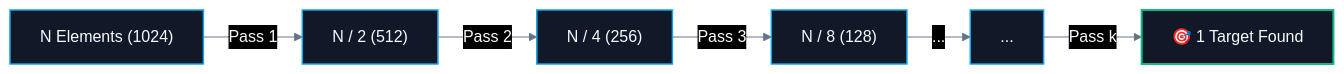
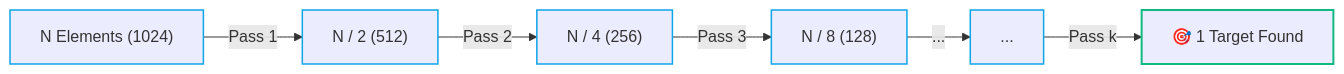
One commit to abhinavbharti2345/CS_Notes changed the first of 3 diagrams in CS/DSA/02. Binary Search/Binary Search.md. Above: the diagram before and after it, drawn with Mermaid. The commit also changed other lines of this file and 91 other files, not shown here.

````diff
--- a/CS/DSA/02. Binary Search/Binary Search.md
+++ b/CS/DSA/02. Binary Search/Binary Search.md
@@ -45,14 +45,13 @@
 ```mermaid
-%%{init: {'theme': 'base', 'themeVariables': { 'darkMode': true, 'background': '#0B0F14', 'mainBkg': '#111827', 'primaryColor': '#111827', 'primaryTextColor': '#F8FAFC', 'primaryBorderColor': '#38BDF8', 'lineColor': '#64748B', 'secondaryColor': '#0B0F14', 'tertiaryColor': '#0B0F14', 'clusterBkg': '#0B0F14', 'clusterBorder': '#38BDF8' }}}%%
 flowchart LR
     N["N Elements (1024)"] -->|Pass 1| N2["N / 2 (512)"]
     N2 -->|Pass 2| N4["N / 4 (256)"]
     N4 -->|Pass 3| N8["N / 8 (128)"]
     N8 -->|...| Dot["..."]
     Dot -->|Pass k| One["🎯 1 Target Found"]
 
-    classDef stage fill:#111827,stroke:#0ea5e9,stroke-width:1.5px,color:#F8FAFC;
-    classDef target fill:#111827,stroke:#10b981,stroke-width:2px,color:#F8FAFC;
+    classDef stage stroke:#0ea5e9,stroke-width:1.5px;
+    classDef target stroke:#10b981,stroke-width:2px;
     class N,N2,N4,N8,Dot stage;
     class One target;
 ```
````
